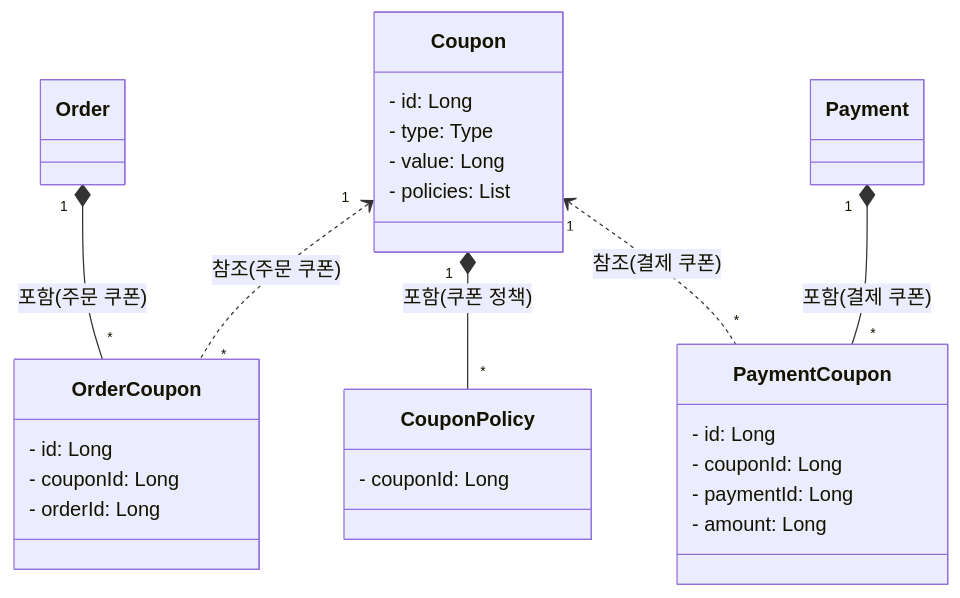
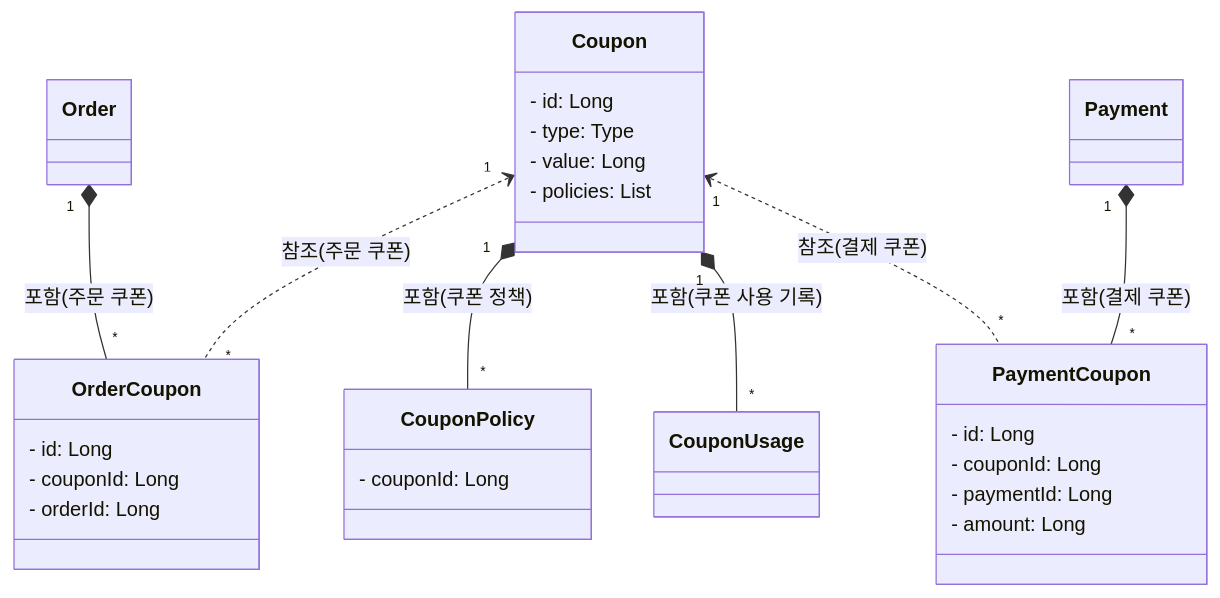
The second of 2 diagrams in docs/design/03-class-diagrams.md (Iol-lshh/loopers_be_practice_byjava), drawn with Mermaid before and after one commit.

Commit message:
fix: 클래스 다이어그램 - CouponUsage 추가

````diff
--- a/docs/design/03-class-diagrams.md
+++ b/docs/design/03-class-diagrams.md
@@ -87,32 +87,37 @@
 ```mermaid
 classDiagram
     class Coupon{
         - id: Long
         - type: Type
         - value: Long
         - policies: List<CouponPolicy>
     }
 
     class OrderCoupon{
         - id: Long
         - couponId: Long
         - orderId: Long
     }
     Order "1" *-- "*" OrderCoupon: 포함(주문 쿠폰)
     Coupon "1" <.. "*" OrderCoupon: 참조(주문 쿠폰)
 
     class CouponPolicy{
         - couponId: Long
     }
     Coupon "1" *-- "*" CouponPolicy: 포함(쿠폰 정책)
 
+    class CouponUsage{
+        
+    }
+    Coupon "1" *-- "*" CouponUsage: 포함(쿠폰 사용 기록)
+
     class PaymentCoupon{
         - id: Long
         - couponId: Long
         - paymentId: Long
         - amount: Long
     }
     Payment "1" *-- "*" PaymentCoupon: 포함(결제 쿠폰)
     Coupon "1" <.. "*" PaymentCoupon: 참조(결제 쿠폰)
 
 ```
````
